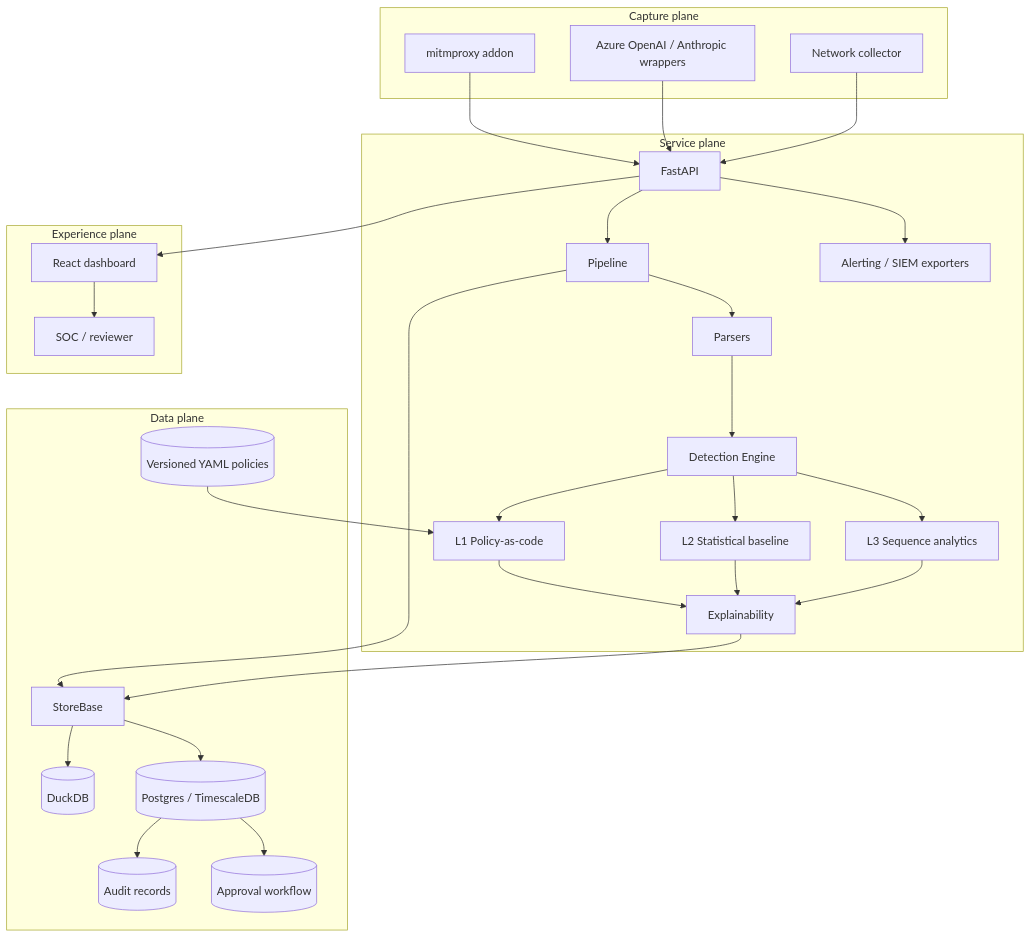
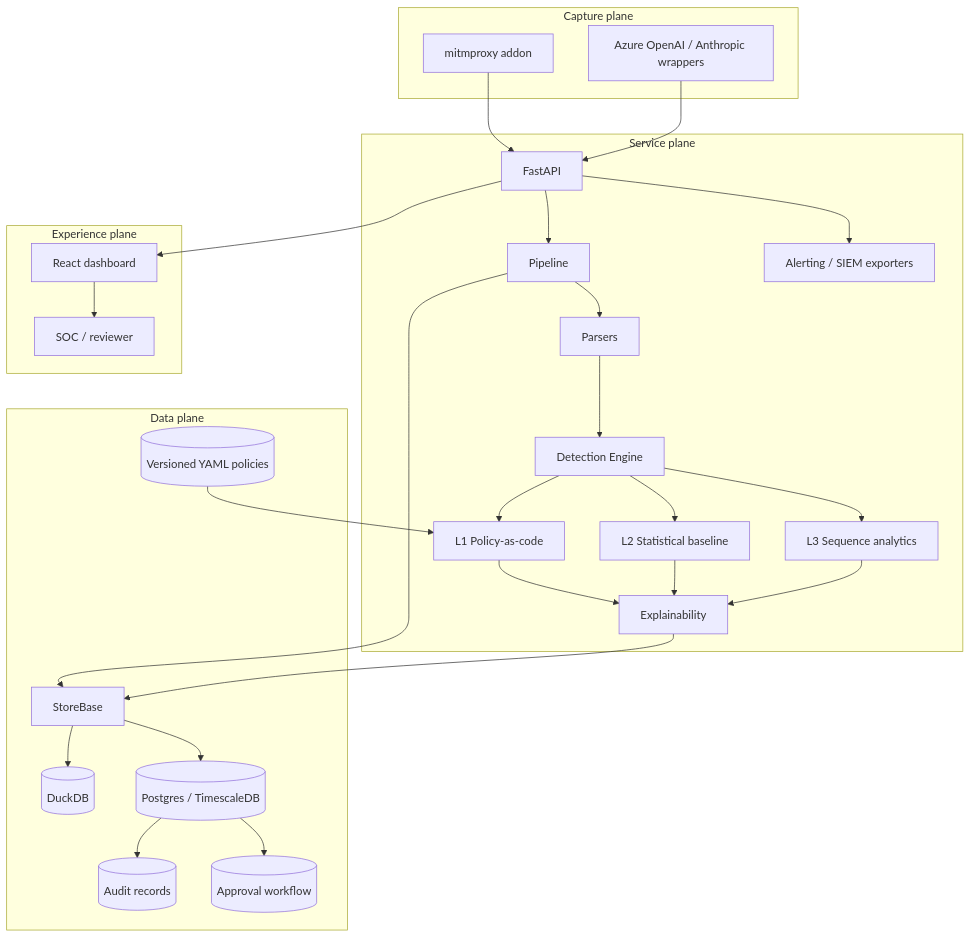
One commit to anandnarayanan2017/agent-sentinel-series changed the second of 7 diagrams in docs/ARCHITECTURE.md. Above: the diagram before and after it, drawn with Mermaid. The commit also changed other lines of this file and 31 other files, not shown here.

````diff
--- a/docs/ARCHITECTURE.md
+++ b/docs/ARCHITECTURE.md
@@ -56,47 +54,46 @@
 ```mermaid
 flowchart TB
     subgraph CapturePlane[Capture plane]
         PROXY[mitmproxy addon]
         SDK[Azure OpenAI / Anthropic wrappers]
-        NET[Network collector]
     end
 
     subgraph ServicePlane[Service plane]
         API[FastAPI]
         PIPE[Pipeline]
         PARSER[Parsers]
         ENGINE[Detection Engine]
         POLICY[L1 Policy-as-code]
         BASE[L2 Statistical baseline]
         SEQ[L3 Sequence analytics]
         EXPLAIN[Explainability]
         EXPORT[Alerting / SIEM exporters]
     end
 
     subgraph DataPlane[Data plane]
         STORE[StoreBase]
         DUCK[(DuckDB)]
         PG[(Postgres / TimescaleDB)]
         AUDIT[(Audit records)]
         APPROVAL[(Approval workflow)]
         POLICIES[(Versioned YAML policies)]
     end
 
     subgraph Experience[Experience plane]
         DASH[React dashboard]
         SOC[SOC / reviewer]
     end
 
-    PROXY & SDK & NET --> API --> PIPE --> PARSER --> ENGINE
+    PROXY & SDK --> API --> PIPE --> PARSER --> ENGINE
     ENGINE --> POLICY
     ENGINE --> BASE
     ENGINE --> SEQ
     POLICY & BASE & SEQ --> EXPLAIN
     PIPE --> STORE
     EXPLAIN --> STORE
     STORE --> DUCK & PG
     PG --> AUDIT & APPROVAL
     POLICIES --> POLICY
     API --> EXPORT
     API --> DASH --> SOC
 ```
````
